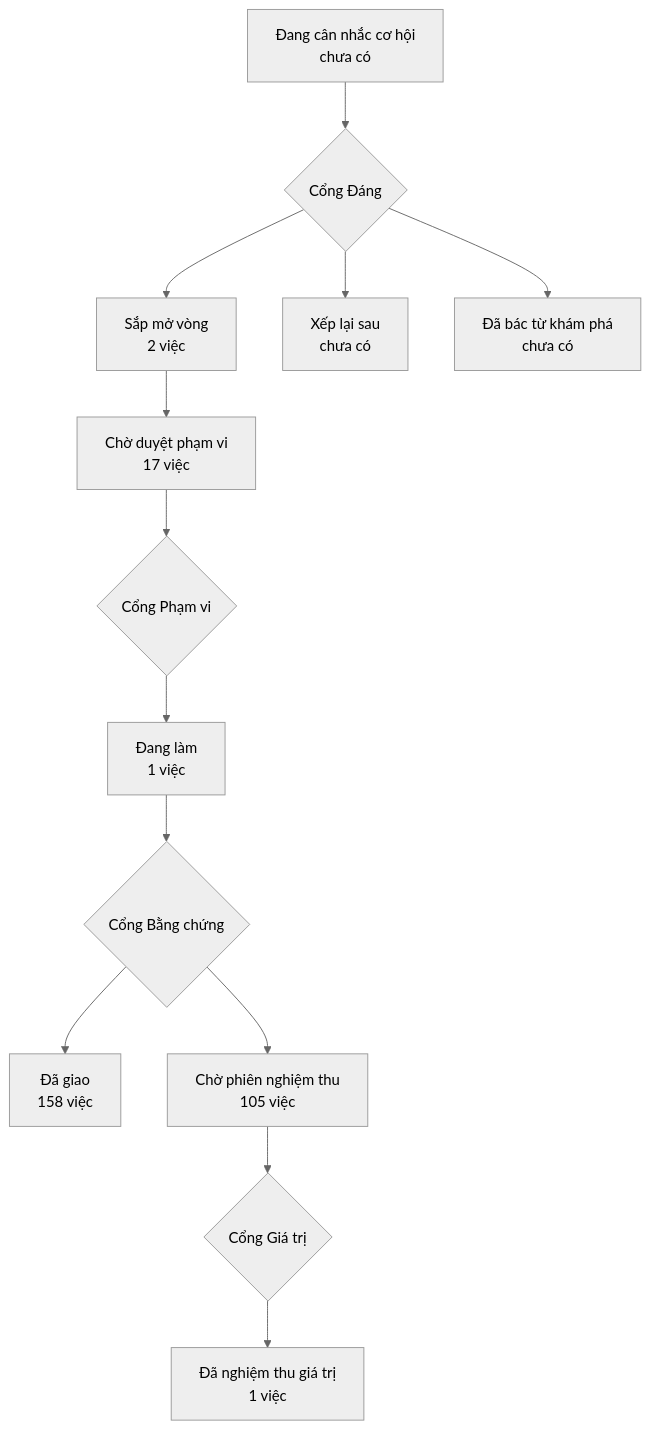
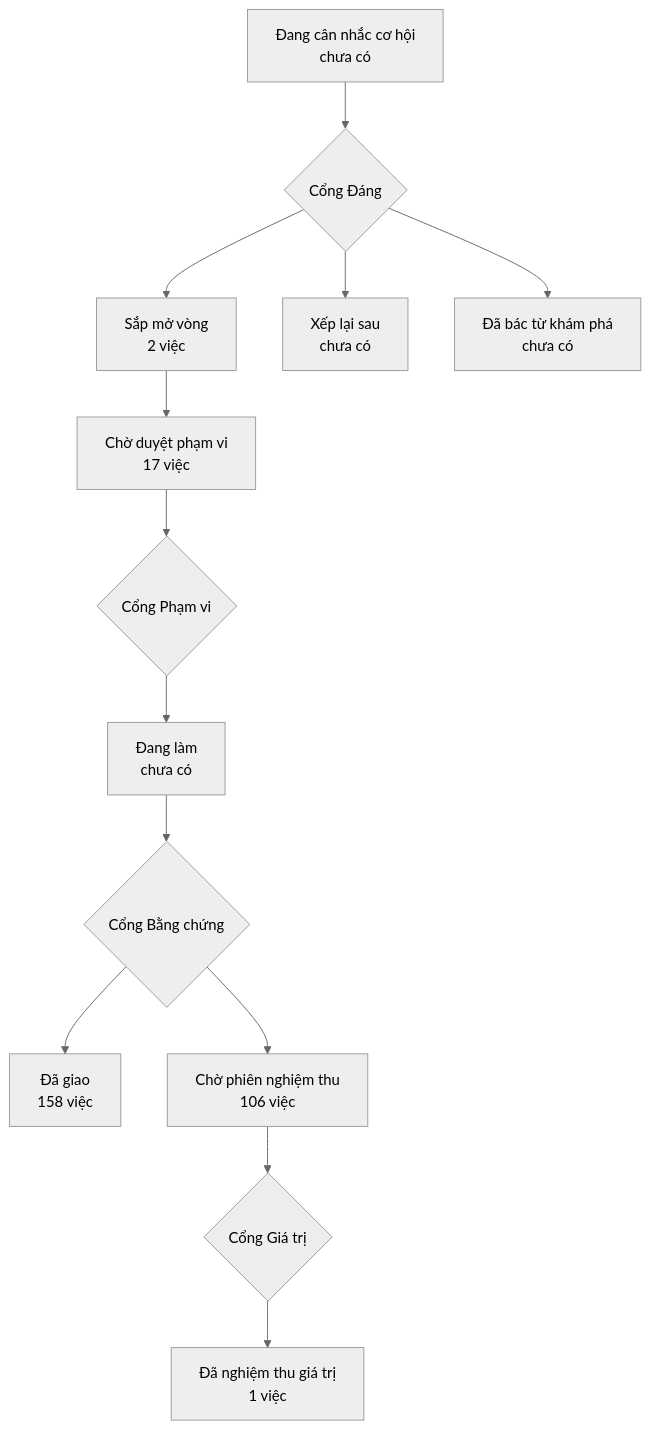
One commit to phanlemanh/onehub-invest changed the diagram in PRODUCT-MAP.md. Above: the diagram before and after it, drawn with Mermaid (neutral theme). The commit also changed other lines of this file and 6 other files, not shown here.

````diff
--- a/PRODUCT-MAP.md
+++ b/PRODUCT-MAP.md
@@ -7,12 +7,12 @@
 ```mermaid
 flowchart TD
   A["Đang cân nhắc cơ hội<br/>chưa có"] --> GD{"Cổng Đáng"}
   GD --> B["Sắp mở vòng<br/>2 việc"]
   GD --> XL["Xếp lại sau<br/>chưa có"]
   GD --> DB["Đã bác từ khám phá<br/>chưa có"]
   B --> CD["Chờ duyệt phạm vi<br/>17 việc"] --> GP{"Cổng Phạm vi"}
-  GP --> DL["Đang làm<br/>1 việc"] --> GB{"Cổng Bằng chứng"}
+  GP --> DL["Đang làm<br/>chưa có"] --> GB{"Cổng Bằng chứng"}
   GB --> DG["Đã giao<br/>158 việc"]
-  GB --> CN["Chờ phiên nghiệm thu<br/>105 việc"] --> GG{"Cổng Giá trị"}
+  GB --> CN["Chờ phiên nghiệm thu<br/>106 việc"] --> GG{"Cổng Giá trị"}
   GG --> NT["Đã nghiệm thu giá trị<br/>1 việc"]
 ```
````
